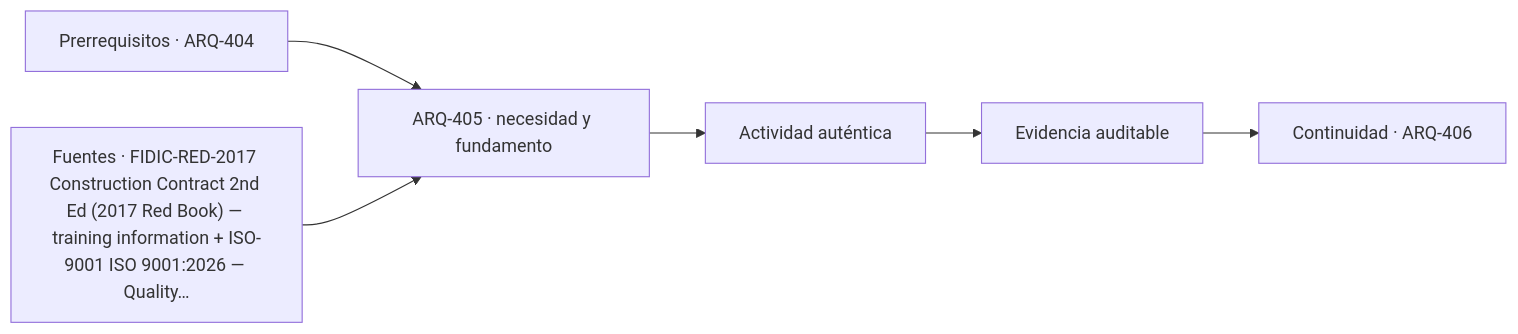
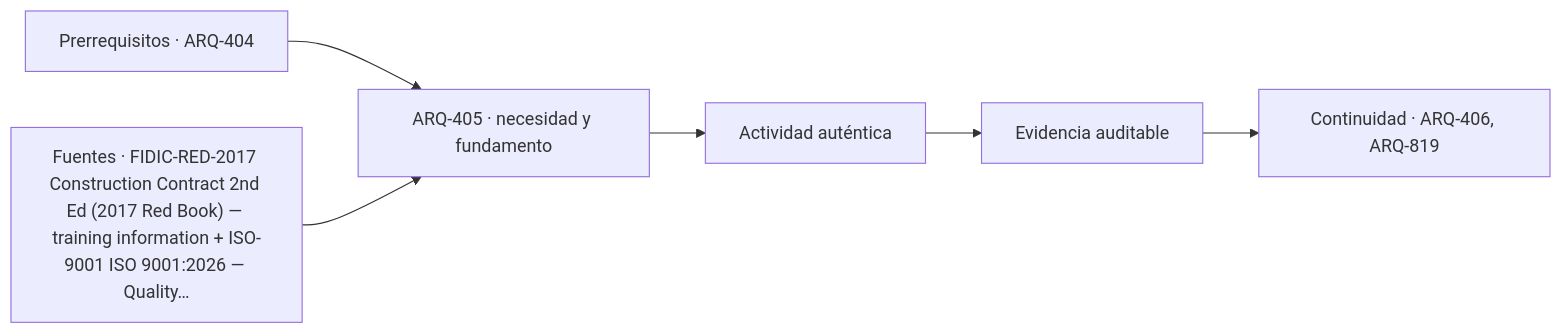
One commit to vladimiracunadev-create/architecture-built-environment-learning-program changed the diagram in classes/parte-41/ARQ-405.md. Above: the diagram before and after it, drawn with Mermaid. The commit also changed other lines of this file and 234 other files, not shown here.

````diff
--- a/classes/parte-41/ARQ-405.md
+++ b/classes/parte-41/ARQ-405.md
@@ -103,8 +103,8 @@
 ```mermaid
 flowchart LR
     A["Prerrequisitos · ARQ-404"] --> B["ARQ-405 · necesidad y fundamento"]
     S["Fuentes · FIDIC-RED-2017 Construction Contract 2nd Ed (2017 Red Book) — training information + ISO-9001 ISO 9001:2026 — Quality…"] --> B
     B --> C["Actividad auténtica"]
     C --> D["Evidencia auditable"]
-    D --> E["Continuidad · ARQ-406"]
+    D --> E["Continuidad · ARQ-406, ARQ-819"]
 ```
````
